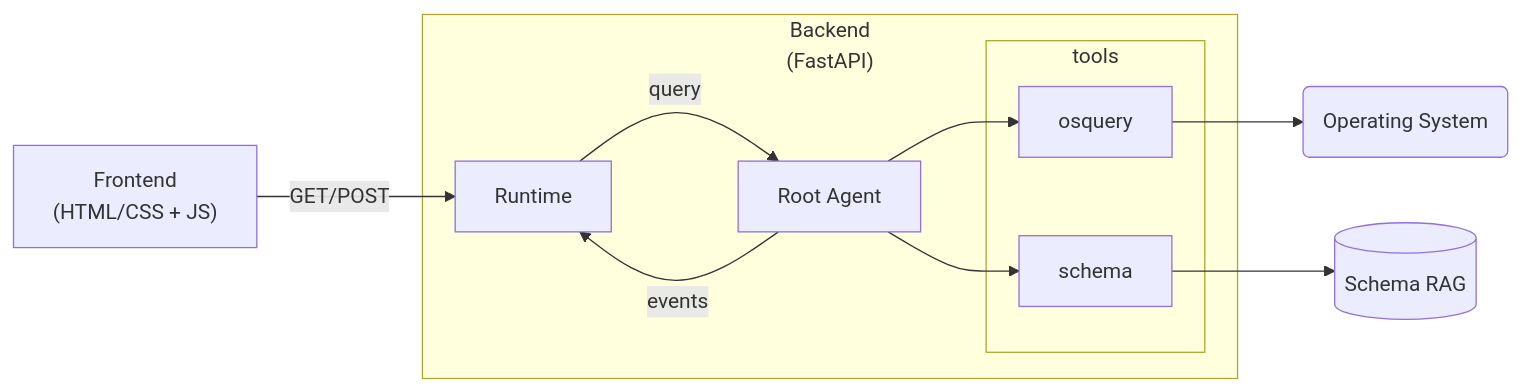
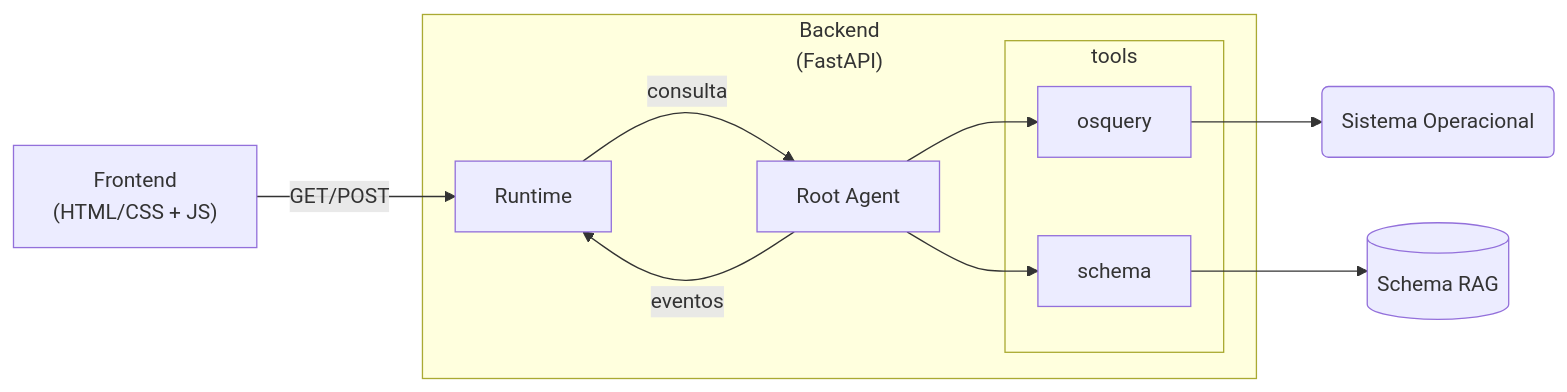
One commit to danicat/danicat.dev changed the diagram in content/posts/20251031-building-aida/index.pt-br.md. Above: the diagram before and after it, drawn with Mermaid. The commit also changed other lines of this file and 18 other files, not shown here.

```diff
--- a/content/posts/20251031-building-aida/index.pt-br.md
+++ b/content/posts/20251031-building-aida/index.pt-br.md
@@ -52,29 +46,28 @@
 {{< mermaid >}}
 flowchart LR
     frontend["`Frontend
-    (HTML/CSS + JS)
-    `"]
+    (HTML/CSS + JS)`"]
     runtime[Runtime]
     root["Root Agent"]
     osquery["osquery"]
     schema["schema"]
     rag[("Schema RAG")]
-    os("Operating System")
+    os("Sistema Operacional")
     
     frontend -->|GET/POST| runtime
     
     subgraph be ["`Backend
     (FastAPI)`"]
-    runtime -- query --> root
-    root -- events --> runtime
+    runtime -- consulta --> root
+    root -- eventos --> runtime
     root --> osquery
     root --> schema
     subgraph tools
     osquery
     schema
     end
     end
     
     osquery --> os
     schema --> rag
 {{< /mermaid >}}
```
